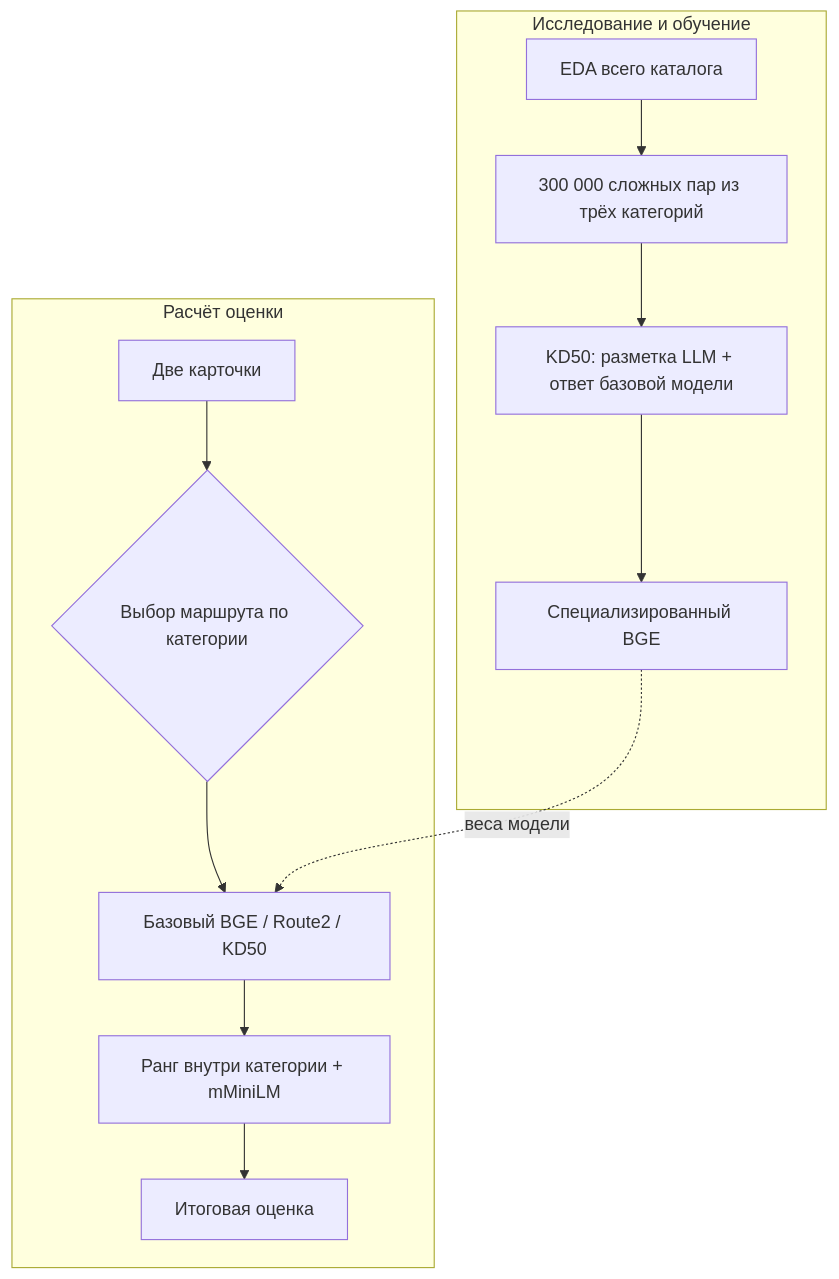
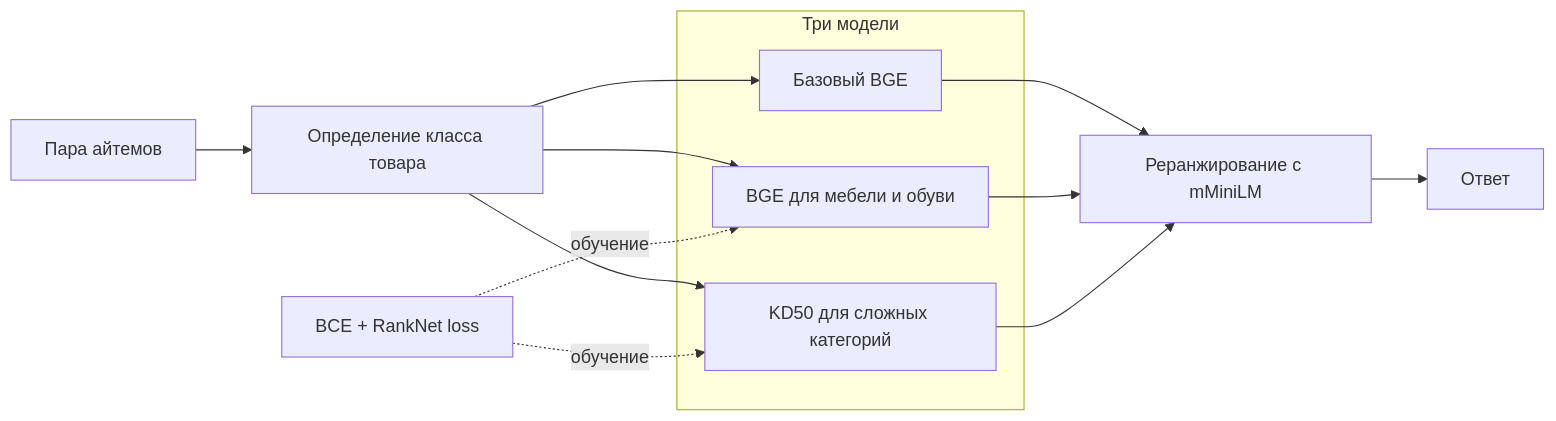
The diagram in README.md (mariklolik/solution), drawn with Mermaid before and after one commit. The commit also changed other lines of this file and 11 other files, not shown here.

````diff
--- a/README.md
+++ b/README.md
@@ -13,17 +11,22 @@
 ```mermaid
-flowchart TB
-    subgraph R["Исследование и обучение"]
-        A["EDA всего каталога"] --> B["300 000 сложных пар из трёх категорий"]
-        B --> C["KD50: разметка LLM + ответ базовой модели"]
-        C --> D["Специализированный BGE"]
+flowchart LR
+    A["Пара айтемов"] --> B["Определение класса товара"]
+
+    subgraph M["Три модели"]
+        C["Базовый BGE"]
+        D["BGE для мебели и обуви"]
+        E["KD50 для сложных категорий"]
     end
 
-    subgraph I["Расчёт оценки"]
-        E["Две карточки"] --> F{"Выбор маршрута по категории"}
-        F --> G["Базовый BGE / Route2 / KD50"]
-        G --> H["Ранг внутри категории + mMiniLM"]
-        H --> J["Итоговая оценка"]
-    end
+    B --> C
+    B --> D
+    B --> E
 
-    D -. "веса модели" .-> G
+    L["BCE + RankNet loss"] -. "обучение" .-> D
+    L -. "обучение" .-> E
+
+    C --> F["Реранжирование с mMiniLM"]
+    D --> F
+    E --> F
+    F --> G["Ответ"]
 ```
````
